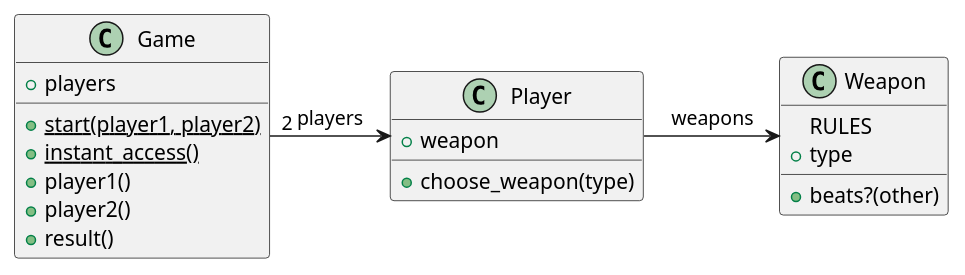
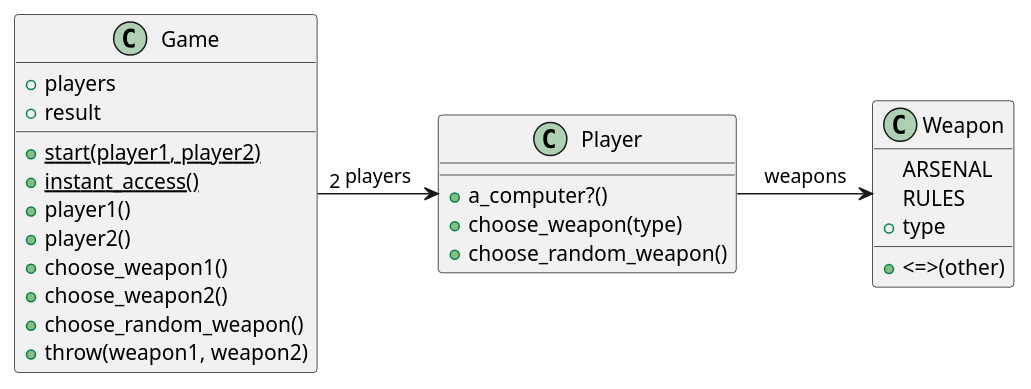
The diagram in diagram.puml (meta-morpho-sys/rps-challenge), drawn with PlantUML before and after one commit. The commit also changed 2 other files, not shown here.

Commit message:
Refactoring and diagram.

```diff
--- a/diagram.puml
+++ b/diagram.puml
@@ -1,26 +1,32 @@
 @startuml
 
 class Player {
-    +weapon
+    +a_computer?()
     +choose_weapon(type)
+    +choose_random_weapon()
 }
 
 class Weapon {
+    ARSENAL
     RULES
     +type
-    +beats?(other)
+    +<=>(other)
 }
 
 class Game {
     +players
+    +result
     +{static} start(player1, player2)
     +{static} instant_access()
     +player1()
     +player2()
-    +result()
+    +choose_weapon1()
+    +choose_weapon2()
+    +choose_random_weapon()
+    +throw(weapon1, weapon2)
 }
 
 Game -> Player :"2" players
 Player -> Weapon : weapons
 
 @enduml
```
